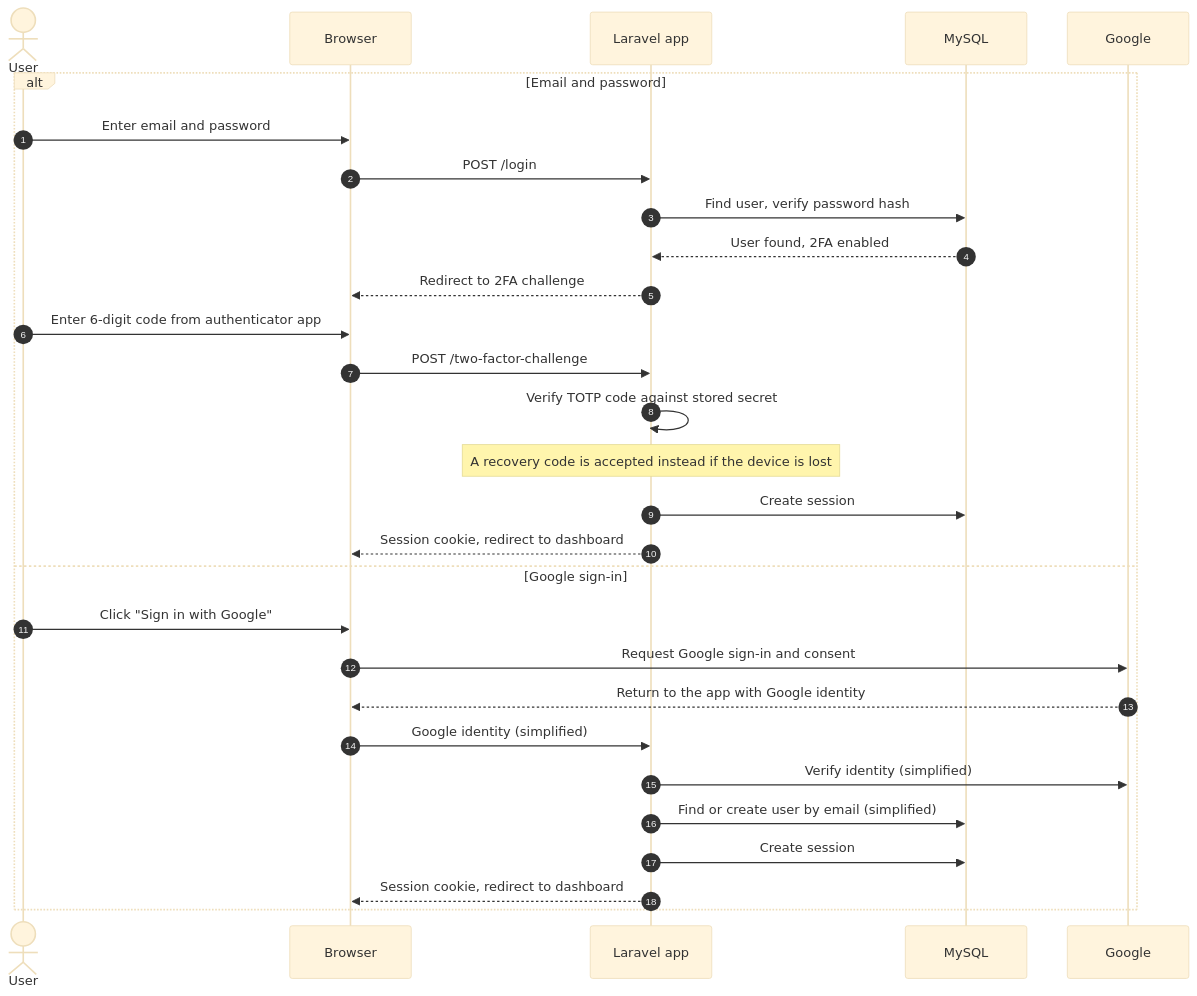
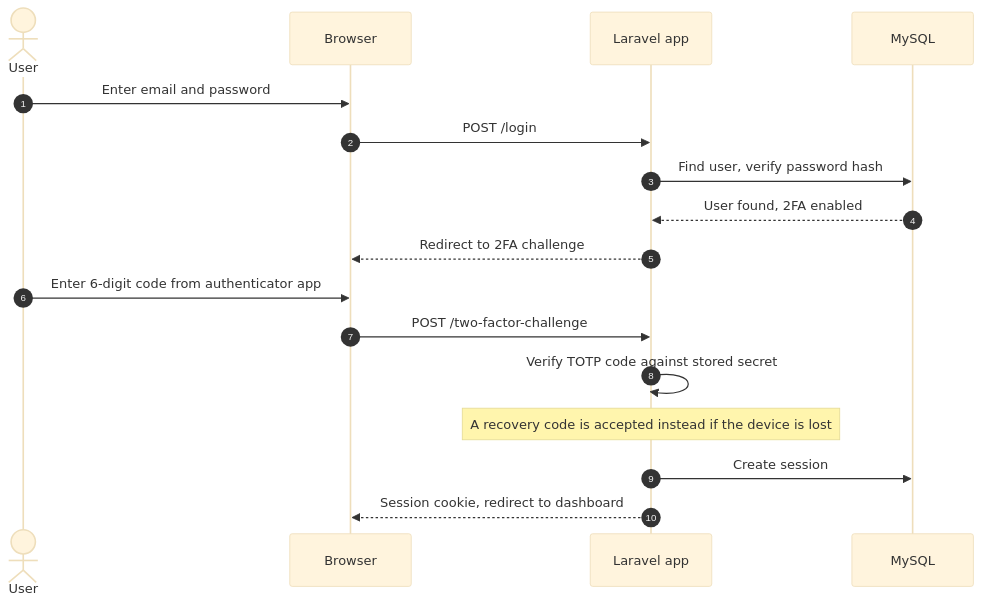
Before and after one commit to leonelquiroga/case-study-online-auctions: the first of 3 diagrams in docs/flows.md, drawn with Mermaid (base theme). The commit also changed other lines of this file and 3 other files, not shown here.

First line of the commit message:
docs: correct case study against the original source code

````diff
--- a/docs/flows.md
+++ b/docs/flows.md
@@ -17,32 +17,20 @@
 ```mermaid
 sequenceDiagram
     autonumber
     actor U as User
     participant B as Browser
     participant L as Laravel app
     participant DB as MySQL
-    participant G as Google
 
-    alt Email and password
-        U->>B: Enter email and password
-        B->>L: POST /login
-        L->>DB: Find user, verify password hash
-        DB-->>L: User found, 2FA enabled
-        L-->>B: Redirect to 2FA challenge
-        U->>B: Enter 6-digit code from authenticator app
-        B->>L: POST /two-factor-challenge
-        L->>L: Verify TOTP code against stored secret
-        Note over L: A recovery code is accepted instead if the device is lost
-        L->>DB: Create session
-        L-->>B: Session cookie, redirect to dashboard
-    else Google sign-in
-        U->>B: Click "Sign in with Google"
-        B->>G: Request Google sign-in and consent
-        G-->>B: Return to the app with Google identity
-        B->>L: Google identity (simplified)
-        L->>G: Verify identity (simplified)
-        L->>DB: Find or create user by email (simplified)
-        L->>DB: Create session
-        L-->>B: Session cookie, redirect to dashboard
-    end
+    U->>B: Enter email and password
+    B->>L: POST /login
+    L->>DB: Find user, verify password hash
+    DB-->>L: User found, 2FA enabled
+    L-->>B: Redirect to 2FA challenge
+    U->>B: Enter 6-digit code from authenticator app
+    B->>L: POST /two-factor-challenge
+    L->>L: Verify TOTP code against stored secret
+    Note over L: A recovery code is accepted instead if the device is lost
+    L->>DB: Create session
+    L-->>B: Session cookie, redirect to dashboard
 ```
````
